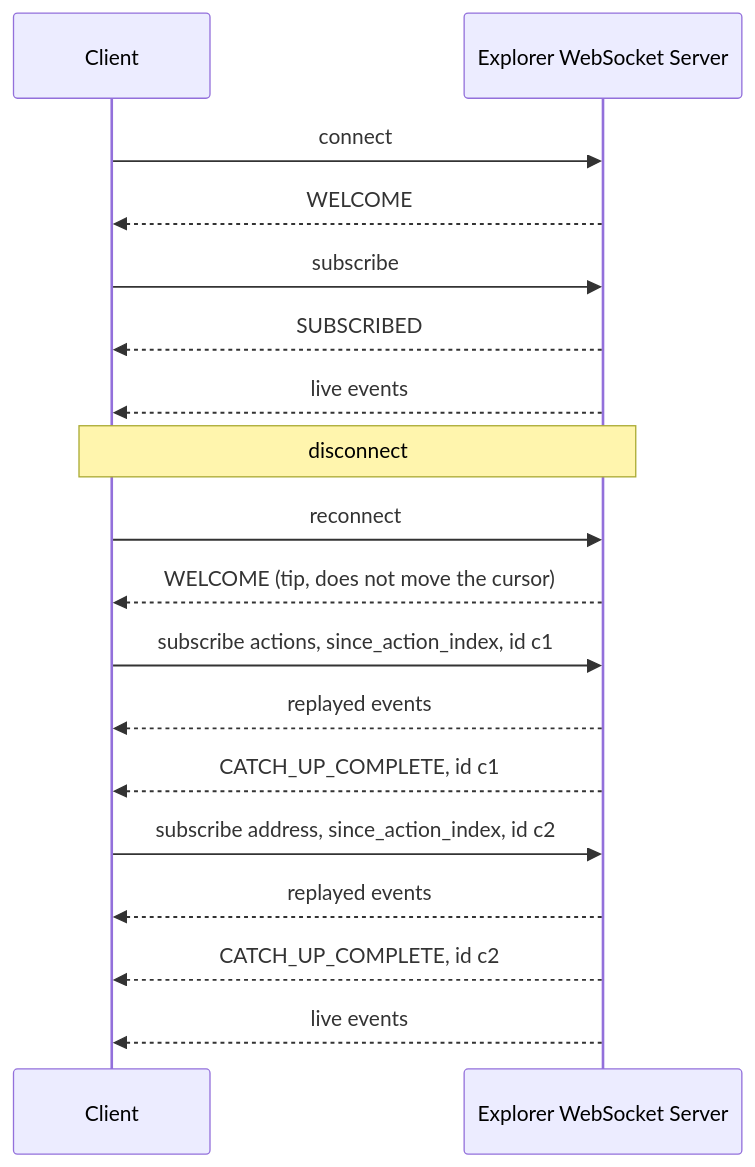
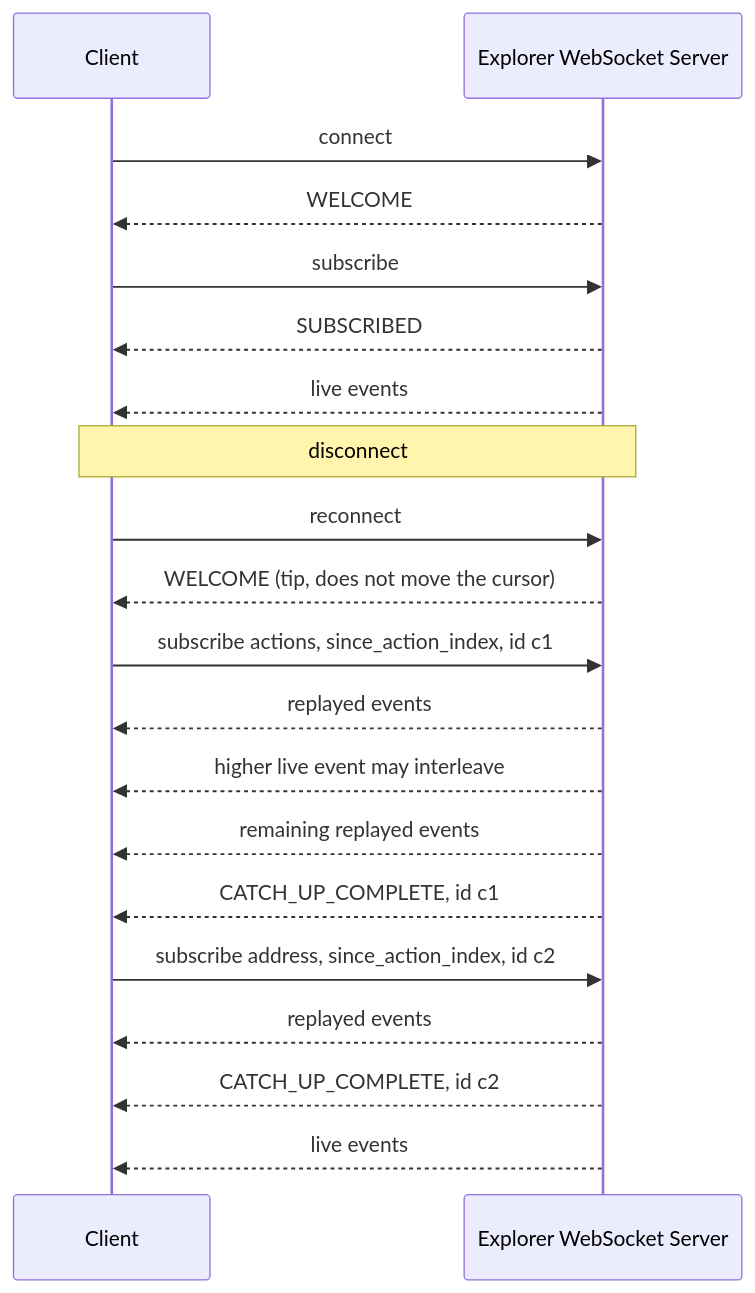
Before and after one commit to XChain-Platform/xchain-documentation: the diagram in components/explorer/websocket.md, drawn with Mermaid. The commit also changed other lines of this file, not shown here.

````diff
--- a/components/explorer/websocket.md
+++ b/components/explorer/websocket.md
@@ -874,22 +895,24 @@
 ```mermaid
 sequenceDiagram
     participant C as Client
     participant S as Explorer WebSocket Server
 
     C->>S: connect
     S-->>C: WELCOME
     C->>S: subscribe
     S-->>C: SUBSCRIBED
     S-->>C: live events
 
     Note over C,S: disconnect
     C->>S: reconnect
     S-->>C: WELCOME (tip, does not move the cursor)
     C->>S: subscribe actions, since_action_index, id c1
     S-->>C: replayed events
+    S-->>C: higher live event may interleave
+    S-->>C: remaining replayed events
     S-->>C: CATCH_UP_COMPLETE, id c1
     C->>S: subscribe address, since_action_index, id c2
     S-->>C: replayed events
     S-->>C: CATCH_UP_COMPLETE, id c2
     S-->>C: live events
 ```
````
